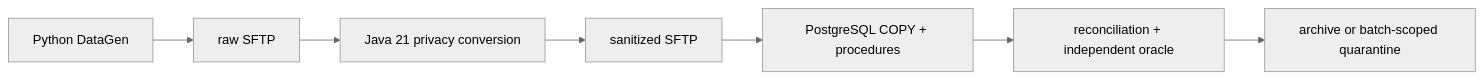
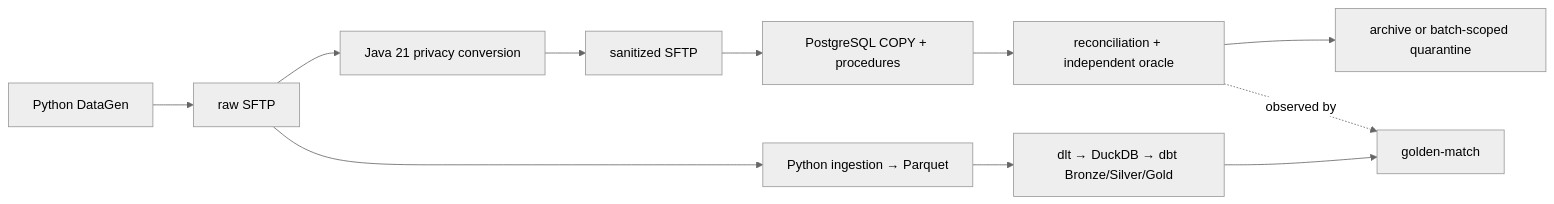
The diagram in README.md (PedroZotelli/uc-northwind-pay-edp), drawn with Mermaid (neutral theme) before and after one commit. The commit also changed other lines of this file and 10 other files, not shown here.

````diff
--- a/README.md
+++ b/README.md
@@ -6,9 +7,13 @@
 ```mermaid
 flowchart LR
     G["Python DataGen"] --> R["raw SFTP"]
     R --> J["Java 21 privacy conversion"]
     J --> C["sanitized SFTP"]
     C --> P["PostgreSQL COPY + procedures"]
     P --> O["reconciliation + independent oracle"]
     O --> T["archive or batch-scoped quarantine"]
+    R --> M["Python ingestion → Parquet"]
+    M --> L["dlt → DuckDB → dbt Bronze/Silver/Gold"]
+    L --> X["golden-match"]
+    O -.observed by.-> X
 ```
````
